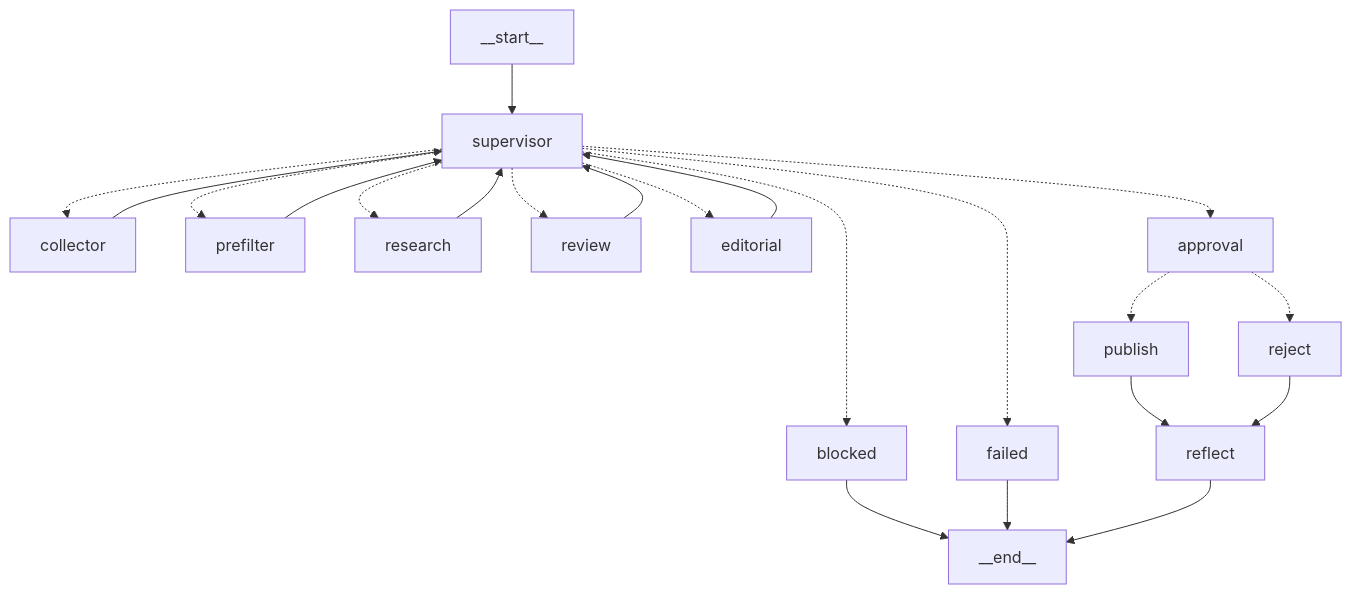
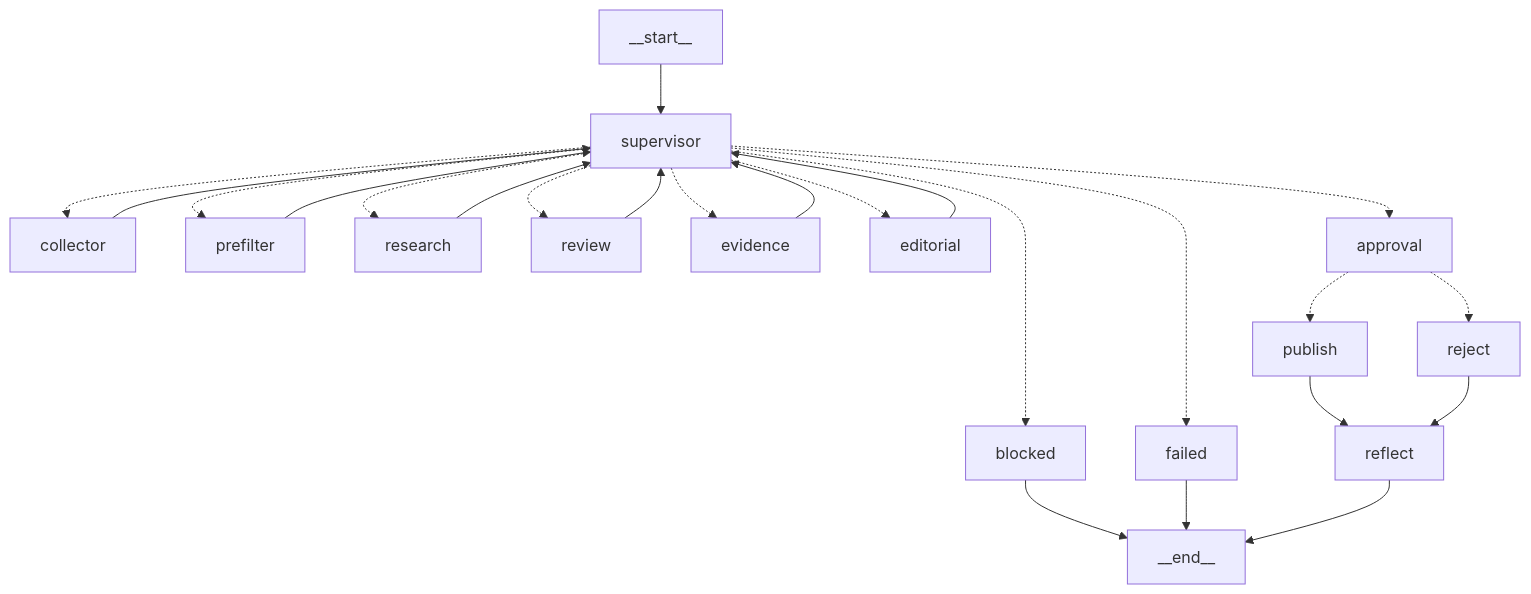
Before and after one commit to Symfomany/wax-demo: the first of 3 diagrams in docs/langgraph.md, drawn with Mermaid. The commit also changed other lines of this file and 39 other files, not shown here.

````diff
--- a/docs/langgraph.md
+++ b/docs/langgraph.md
@@ -24,15 +25,16 @@
 ```mermaid
 graph TD;
   __start__ --> supervisor;
   supervisor -.-> collector;   collector --> supervisor;
   supervisor -.-> prefilter;   prefilter --> supervisor;
   supervisor -.-> research;    research --> supervisor;
   supervisor -.-> review;      review --> supervisor;
+  supervisor -.-> evidence;    evidence --> supervisor;
   supervisor -.-> editorial;   editorial --> supervisor;
   supervisor -.-> approval;
   supervisor -.-> blocked;     blocked --> __end__;
   supervisor -.-> failed;      failed --> __end__;
   approval -.-> publish;       publish --> reflect;
   approval -.-> reject;        reject --> reflect;
   reflect --> __end__;
 ```
````
